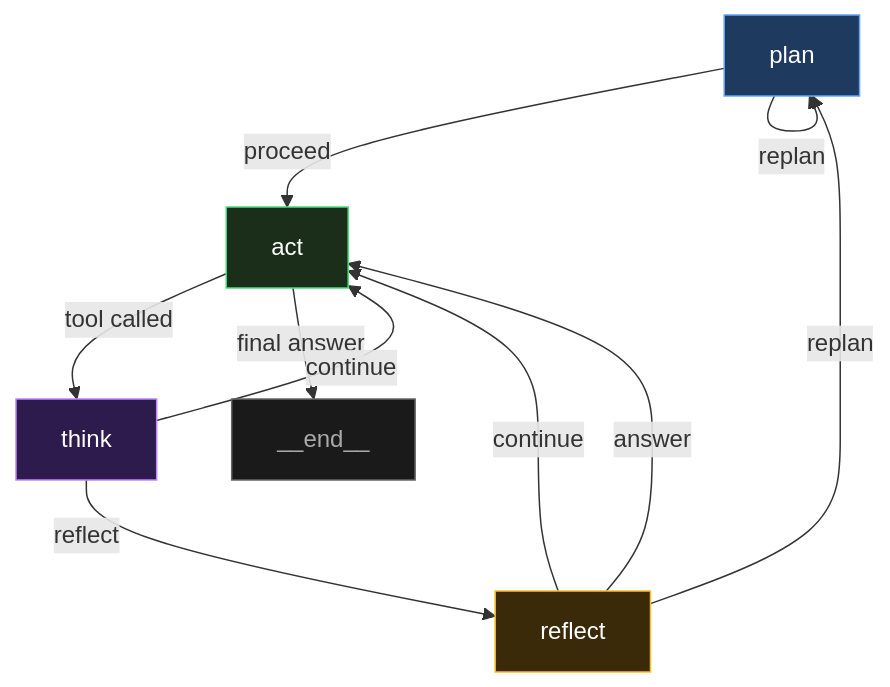
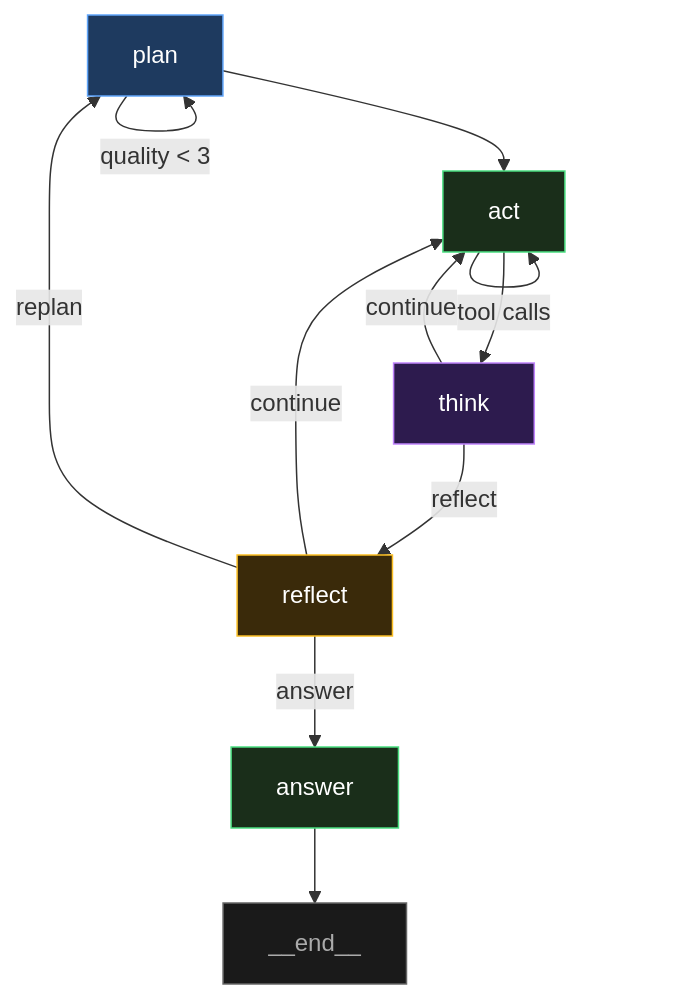
The fifth of 11 diagrams in docs/core/engine-prebuilts.md (CloudEngineHub/DeepMCPAgent), drawn with Mermaid before and after one commit. The commit also changed other lines of this file and 25 other files, not shown here.

````diff
--- a/docs/core/engine-prebuilts.md
+++ b/docs/core/engine-prebuilts.md
@@ -166,18 +166,20 @@
 ```mermaid
 graph TD
-    P[plan] -->|proceed| A[act]
-    P -->|replan| P
-    A -->|tool called| T[think]
-    A -->|final answer| END[__end__]
+    P[plan] -->|quality < 3| P
+    P --> A[act]
+    A -->|tool calls| A
+    A --> T[think]
     T -->|continue| A
     T -->|reflect| R[reflect]
     R -->|continue| A
     R -->|replan| P
-    R -->|answer| A
+    R -->|answer| ANS[answer]
+    ANS --> END[__end__]
 
     style P fill:#1e3a5f,stroke:#60a5fa,color:#fff
     style A fill:#1a2e1a,stroke:#4ade80,color:#fff
     style T fill:#2d1b4e,stroke:#c084fc,color:#fff
     style R fill:#3a2a0a,stroke:#fbbf24,color:#fff
+    style ANS fill:#1a2e1a,stroke:#4ade80,color:#fff
     style END fill:#1a1a1a,stroke:#666,color:#aaa
 ```
````
